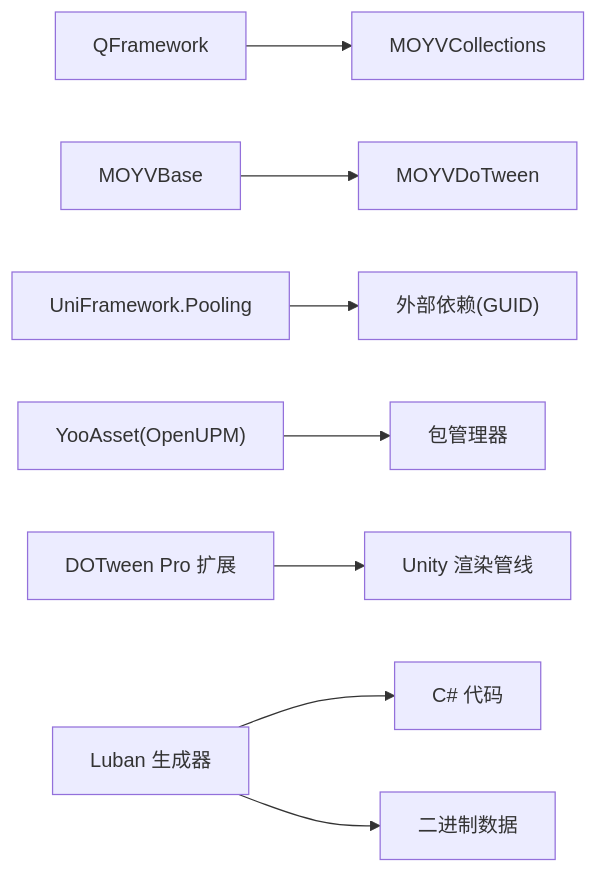
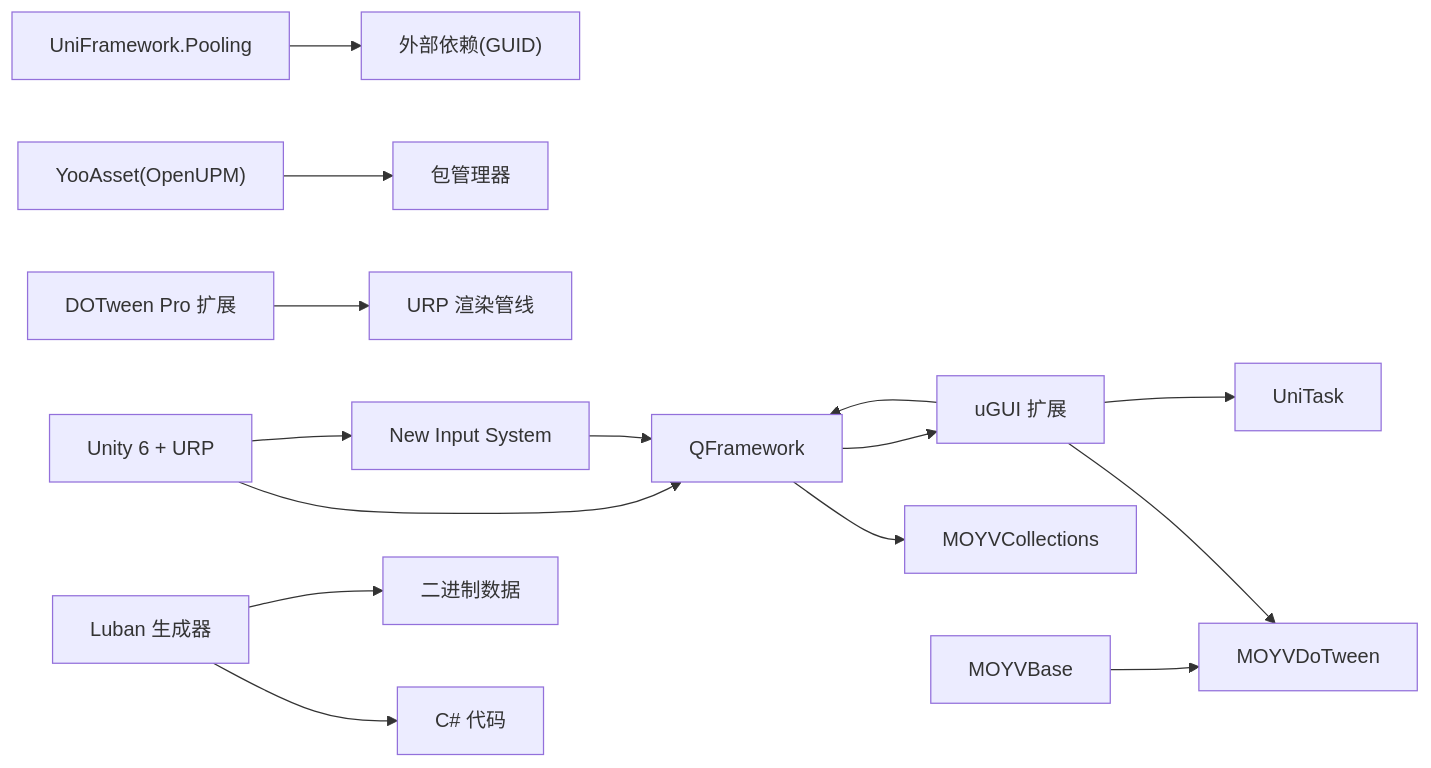
One commit to MOYVSH/SimulationClient changed the fourth of 4 diagrams in .qoder/repowiki/zh/content/项目概述/技术栈概览.md. Above: the diagram before and after it, drawn with Mermaid. The commit also changed other lines of this file and 73 other files, not shown here.

````diff
--- a/.qoder/repowiki/zh/content/项目概述/技术栈概览.md
+++ b/.qoder/repowiki/zh/content/项目概述/技术栈概览.md
@@ -297,10 +379,17 @@
 ```mermaid
 graph LR
-QF["QFramework"] --> Coll["MOYVCollections"]
+Unity["Unity 6 + URP"] --> QF["QFramework"]
+Unity --> Input["New Input System"]
+QF --> Coll["MOYVCollections"]
+QF --> UGUI["uGUI 扩展"]
 Base["MOYVBase"] --> DT["MOYVDoTween"]
 Pool["UniFramework.Pooling"] --> Ext["外部依赖(GUID)"]
+UGUI --> QF
+UGUI --> DT
+UGUI --> UniTask["UniTask"]
 Yoo["YooAsset(OpenUPM)"] --> PM["包管理器"]
-Dot["DOTween Pro 扩展"] --> UG["Unity 渲染管线"]
+Dot["DOTween Pro 扩展"] --> URP["URP 渲染管线"]
 Luban["Luban 生成器"] --> CS["C# 代码"]
 Luban --> Bin["二进制数据"]
+Input --> QF
 ```
````
